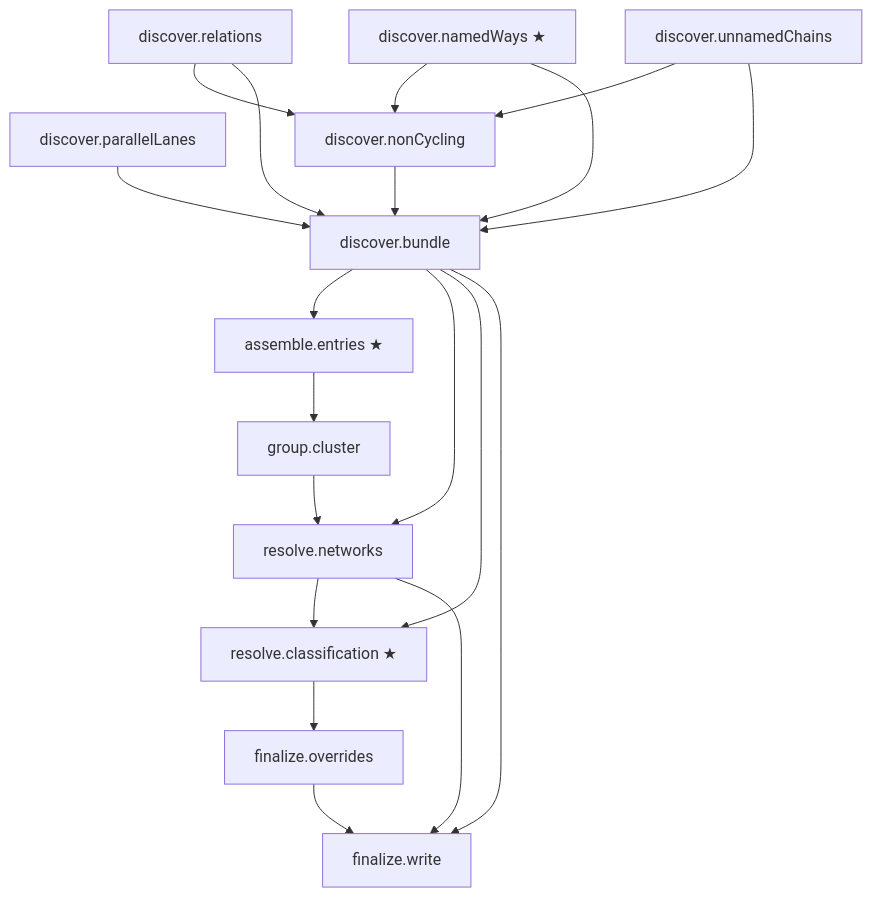
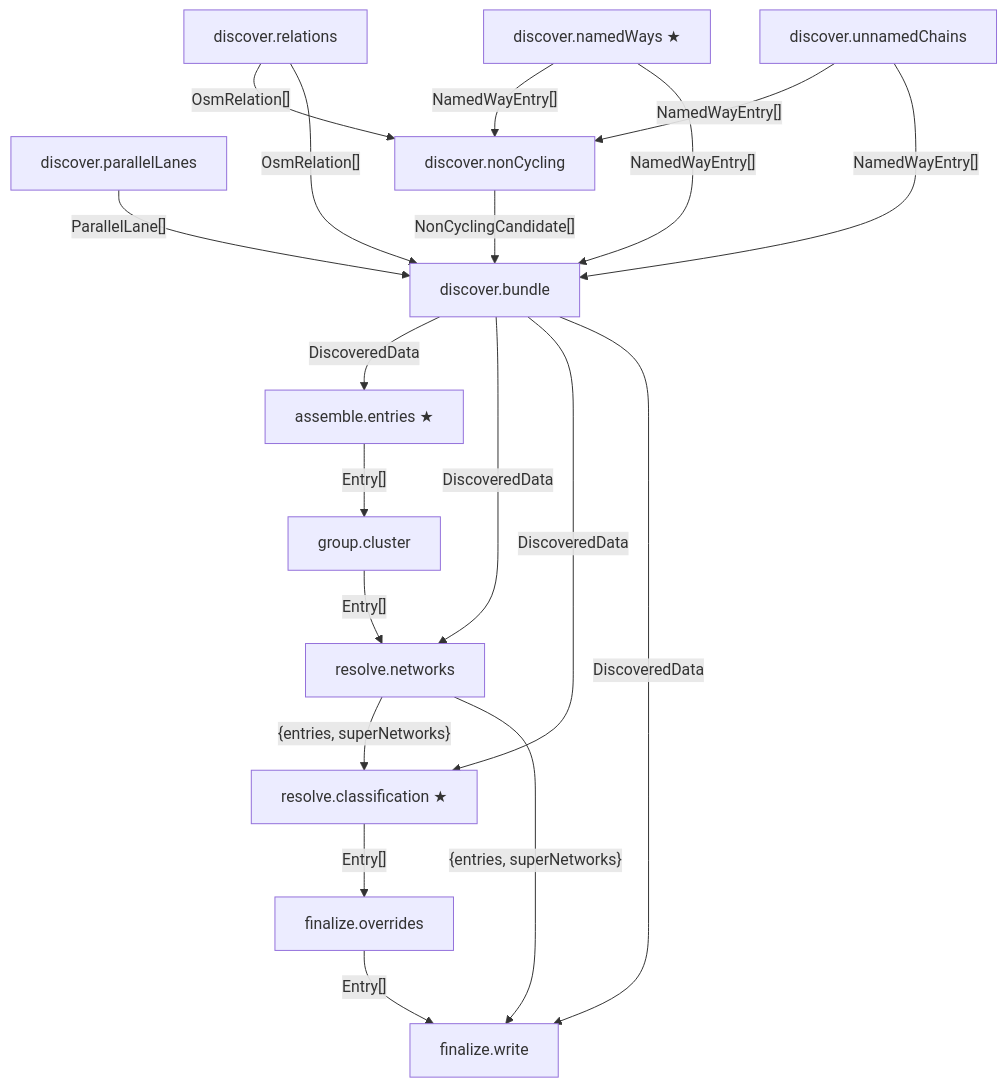
One commit to eljojo/bike-app-astro changed the diagram in _ctx/pipeline-graph.md. Above: the diagram before and after it, drawn with Mermaid. The commit also changed other lines of this file and 26 other files, not shown here.

````diff
--- a/_ctx/pipeline-graph.md
+++ b/_ctx/pipeline-graph.md
@@ -28,33 +28,33 @@
 ```mermaid
 graph TD
   discover_relations["discover.relations"]
   discover_namedWays["discover.namedWays ★"]
   discover_parallelLanes["discover.parallelLanes"]
   discover_unnamedChains["discover.unnamedChains"]
   discover_nonCycling["discover.nonCycling"]
   discover_bundle["discover.bundle"]
   assemble_entries["assemble.entries ★"]
   group_cluster["group.cluster"]
   resolve_networks["resolve.networks"]
   resolve_classification["resolve.classification ★"]
   finalize_overrides["finalize.overrides"]
   finalize_write["finalize.write"]
-  discover_relations --> discover_nonCycling
-  discover_namedWays --> discover_nonCycling
-  discover_unnamedChains --> discover_nonCycling
-  discover_relations --> discover_bundle
-  discover_namedWays --> discover_bundle
-  discover_parallelLanes --> discover_bundle
-  discover_unnamedChains --> discover_bundle
-  discover_nonCycling --> discover_bundle
-  discover_bundle --> assemble_entries
-  assemble_entries --> group_cluster
-  group_cluster --> resolve_networks
-  discover_bundle --> resolve_networks
-  resolve_networks --> resolve_classification
-  discover_bundle --> resolve_classification
-  resolve_classification --> finalize_overrides
-  finalize_overrides --> finalize_write
-  resolve_networks --> finalize_write
-  discover_bundle --> finalize_write
+  discover_relations -->|"OsmRelation[]"| discover_nonCycling
+  discover_namedWays -->|"NamedWayEntry[]"| discover_nonCycling
+  discover_unnamedChains -->|"NamedWayEntry[]"| discover_nonCycling
+  discover_relations -->|"OsmRelation[]"| discover_bundle
+  discover_namedWays -->|"NamedWayEntry[]"| discover_bundle
+  discover_parallelLanes -->|"ParallelLane[]"| discover_bundle
+  discover_unnamedChains -->|"NamedWayEntry[]"| discover_bundle
+  discover_nonCycling -->|"NonCyclingCandidate[]"| discover_bundle
+  discover_bundle -->|"DiscoveredData"| assemble_entries
+  assemble_entries -->|"Entry[]"| group_cluster
+  group_cluster -->|"Entry[]"| resolve_networks
+  discover_bundle -->|"DiscoveredData"| resolve_networks
+  resolve_networks -->|"{entries, superNetworks}"| resolve_classification
+  discover_bundle -->|"DiscoveredData"| resolve_classification
+  resolve_classification -->|"Entry[]"| finalize_overrides
+  finalize_overrides -->|"Entry[]"| finalize_write
+  resolve_networks -->|"{entries, superNetworks}"| finalize_write
+  discover_bundle -->|"DiscoveredData"| finalize_write
 ```
````
